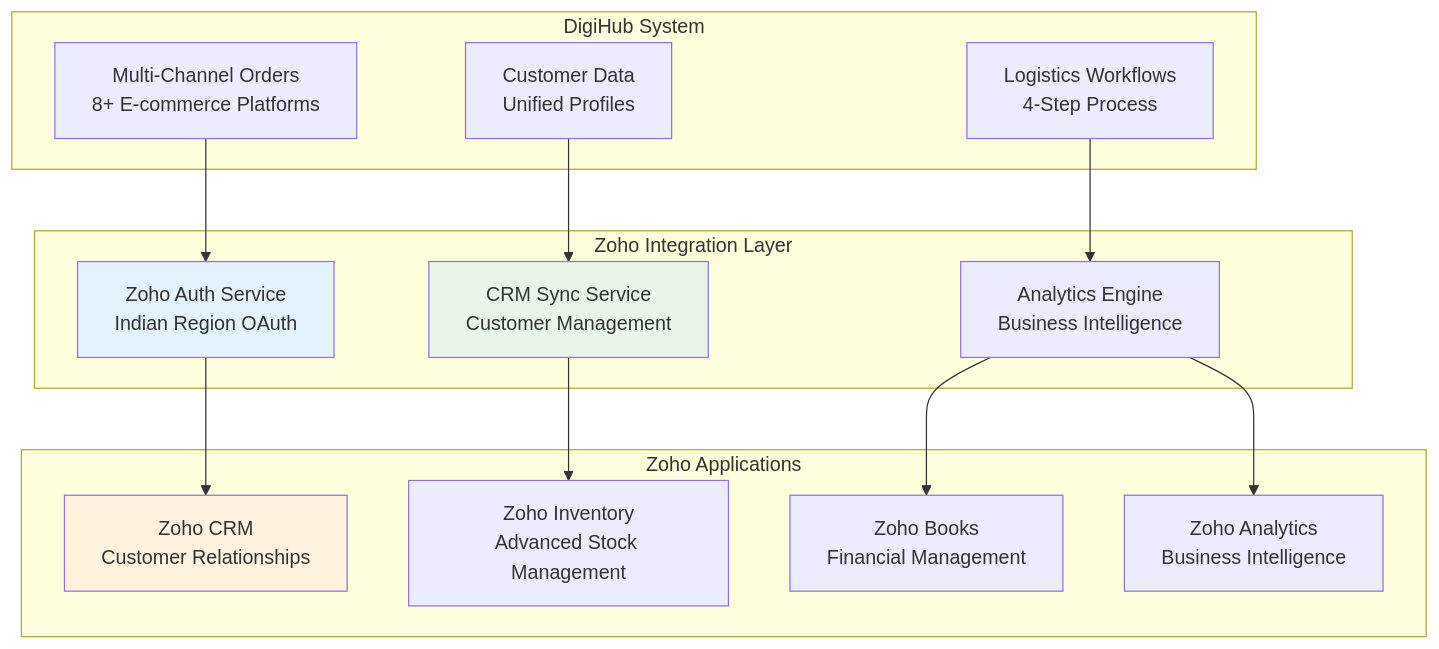
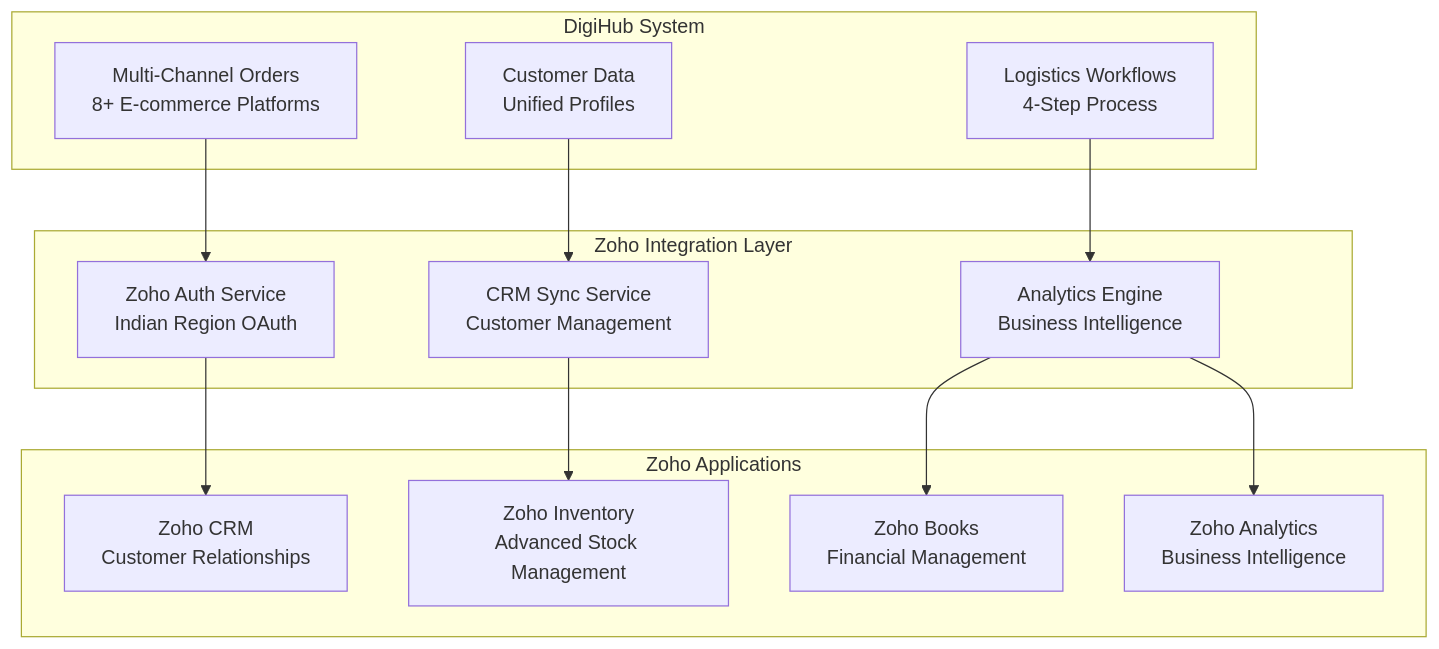
One commit to sandeepkumar0801/Digihub changed diagram 12 of 44 in README.md. Above: the diagram before and after it, drawn with Mermaid. The commit also changed other lines of this file, not shown here.

Commit message:
update diagram index

````diff
--- a/README.md
+++ b/README.md
@@ -2063,34 +1921,34 @@
 ```mermaid
 graph TD
     subgraph "DigiHub System"
         A[Multi-Channel Orders<br/>8+ E-commerce Platforms]
         B[Customer Data<br/>Unified Profiles]
         C[Logistics Workflows<br/>4-Step Process]
     end
 
     subgraph "Zoho Integration Layer"
         D[Zoho Auth Service<br/>Indian Region OAuth]
         E[CRM Sync Service<br/>Customer Management]
         F[Analytics Engine<br/>Business Intelligence]
     end
 
     subgraph "Zoho Applications"
         G[Zoho CRM<br/>Customer Relationships]
         H[Zoho Inventory<br/>Advanced Stock Management]
         I[Zoho Books<br/>Financial Management]
         J[Zoho Analytics<br/>Business Intelligence]
     end
 
     A --> D
     B --> E
     C --> F
 
     D --> G
     E --> H
     F --> I
     F --> J
 
-    style D fill:#e3f2fd
-    style E fill:#e8f5e8
-    style G fill:#fff3e0
+
+
+
 ```
````
